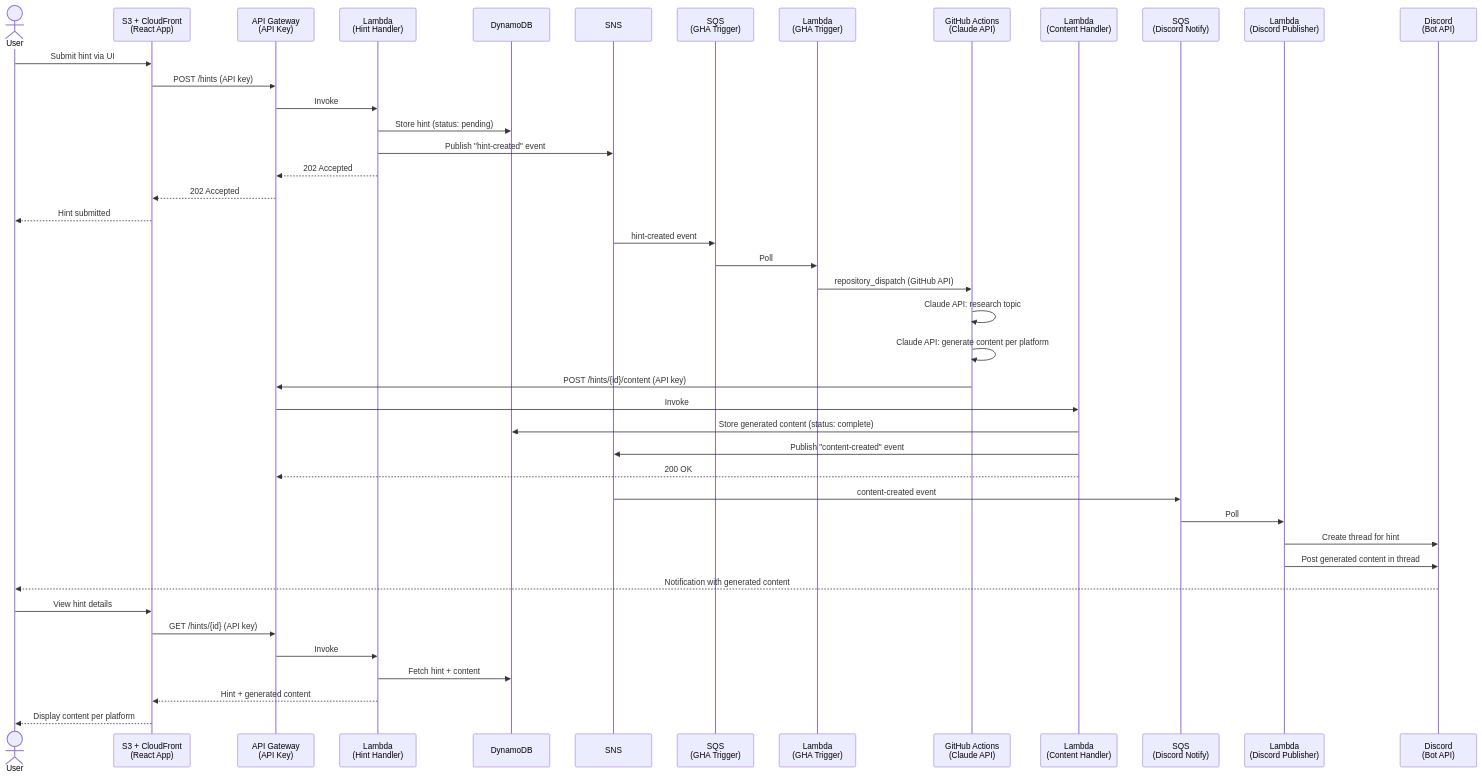
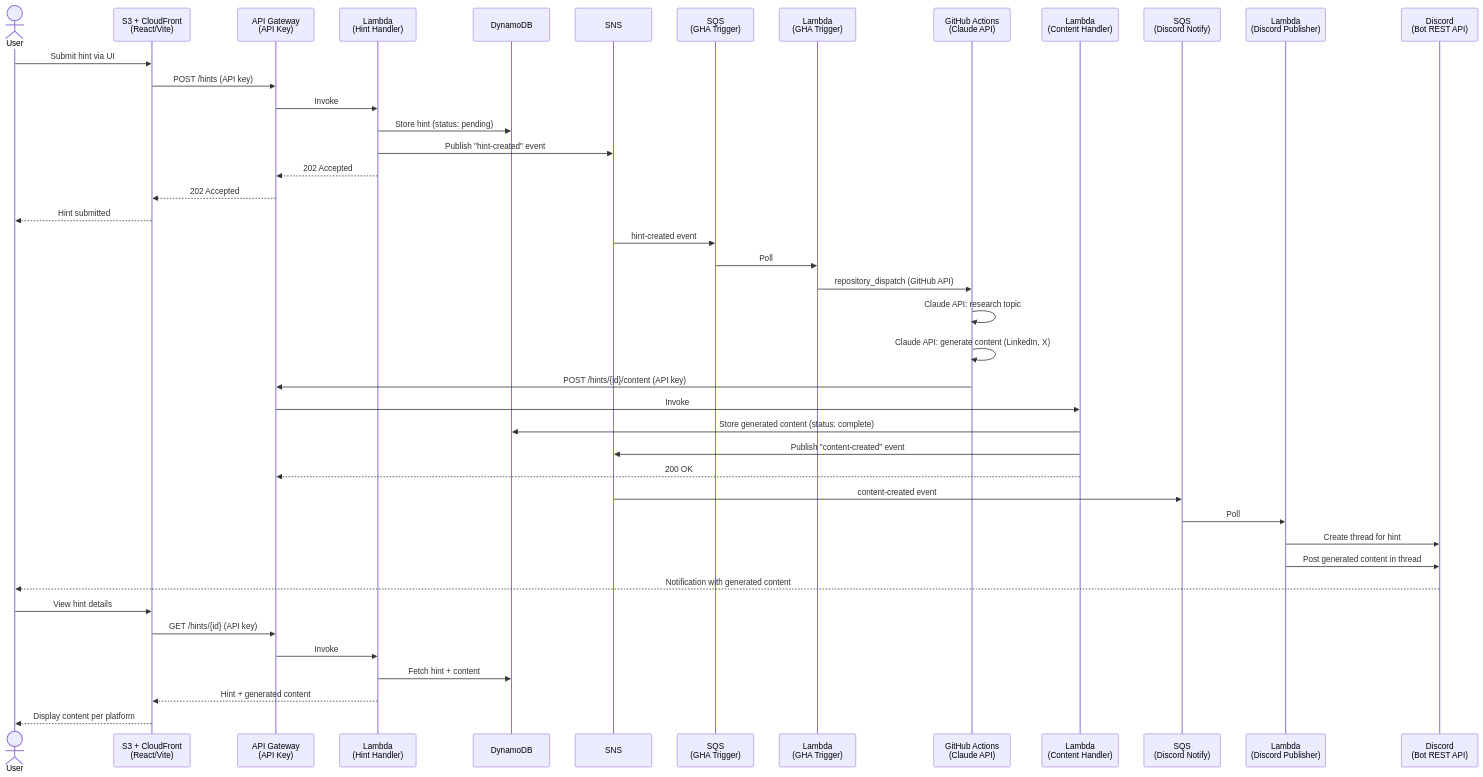
One commit to traczewskim/social-media-publisher changed the diagram in requirements.md. Above: the diagram before and after it, drawn with Mermaid. The commit also changed other lines of this file, not shown here.

First line of the commit message:
Add tech stack decisions: Vite, Terraform, LinkedIn+X, Discord REST-only

````diff
--- a/requirements.md
+++ b/requirements.md
@@ -14,55 +20,55 @@
 ```mermaid
 sequenceDiagram
     actor User
-    participant S3/CF as S3 + CloudFront<br/>(React App)
+    participant S3/CF as S3 + CloudFront<br/>(React/Vite)
     participant APIGW as API Gateway<br/>(API Key)
     participant LHint as Lambda<br/>(Hint Handler)
     participant DDB as DynamoDB
     participant SNS as SNS
     participant SQS1 as SQS<br/>(GHA Trigger)
     participant LTrigger as Lambda<br/>(GHA Trigger)
     participant GHA as GitHub Actions<br/>(Claude API)
     participant LContent as Lambda<br/>(Content Handler)
     participant SQS2 as SQS<br/>(Discord Notify)
     participant LDiscord as Lambda<br/>(Discord Publisher)
-    participant Discord as Discord<br/>(Bot API)
+    participant Discord as Discord<br/>(Bot REST API)
 
     %% Submit hint flow
     User->>S3/CF: Submit hint via UI
     S3/CF->>APIGW: POST /hints (API key)
     APIGW->>LHint: Invoke
     LHint->>DDB: Store hint (status: pending)
     LHint->>SNS: Publish "hint-created" event
     LHint-->>APIGW: 202 Accepted
     APIGW-->>S3/CF: 202 Accepted
     S3/CF-->>User: Hint submitted
 
     %% SNS fanout → trigger GitHub Actions
     SNS->>SQS1: hint-created event
     SQS1->>LTrigger: Poll
     LTrigger->>GHA: repository_dispatch (GitHub API)
 
     %% Research + generation flow
     GHA->>GHA: Claude API: research topic
-    GHA->>GHA: Claude API: generate content per platform
+    GHA->>GHA: Claude API: generate content (LinkedIn, X)
     GHA->>APIGW: POST /hints/{id}/content (API key)
     APIGW->>LContent: Invoke
     LContent->>DDB: Store generated content (status: complete)
     LContent->>SNS: Publish "content-created" event
     LContent-->>APIGW: 200 OK
 
     %% SNS fanout → Discord notification
     SNS->>SQS2: content-created event
     SQS2->>LDiscord: Poll
     LDiscord->>Discord: Create thread for hint
     LDiscord->>Discord: Post generated content in thread
     Discord-->>User: Notification with generated content
 
     %% Review flow
     User->>S3/CF: View hint details
     S3/CF->>APIGW: GET /hints/{id} (API key)
     APIGW->>LHint: Invoke
     LHint->>DDB: Fetch hint + content
     LHint-->>S3/CF: Hint + generated content
     S3/CF-->>User: Display content per platform
 ```
````
